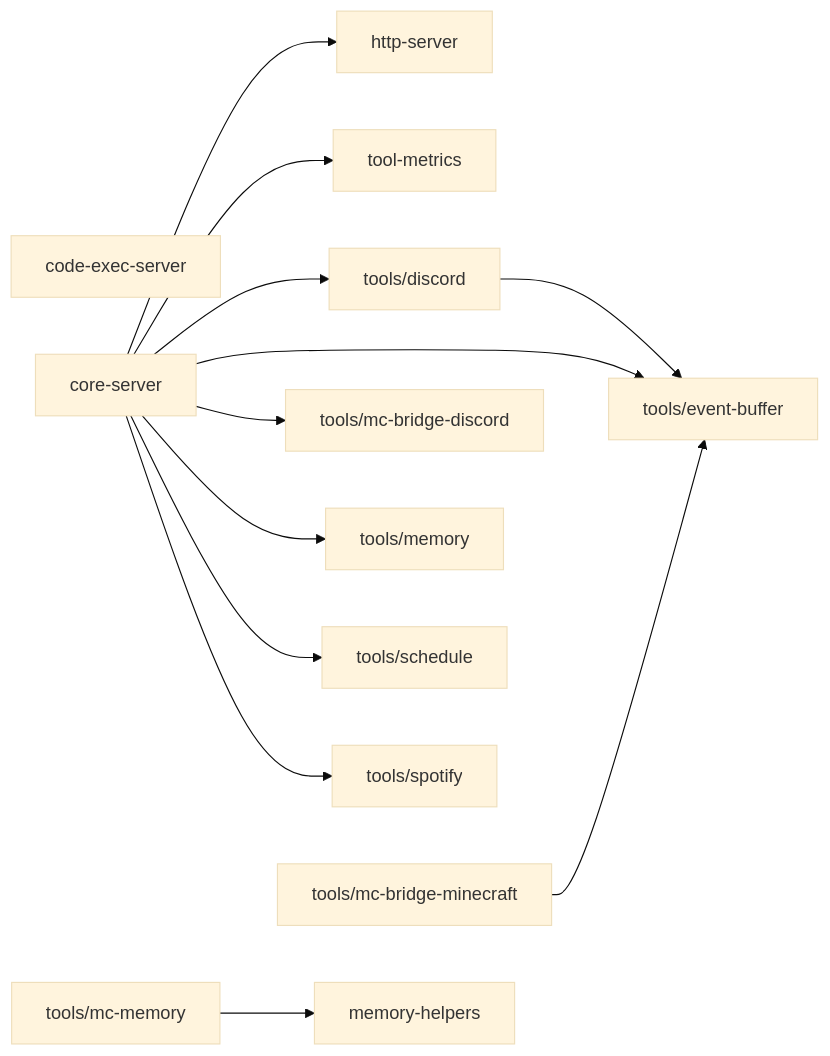
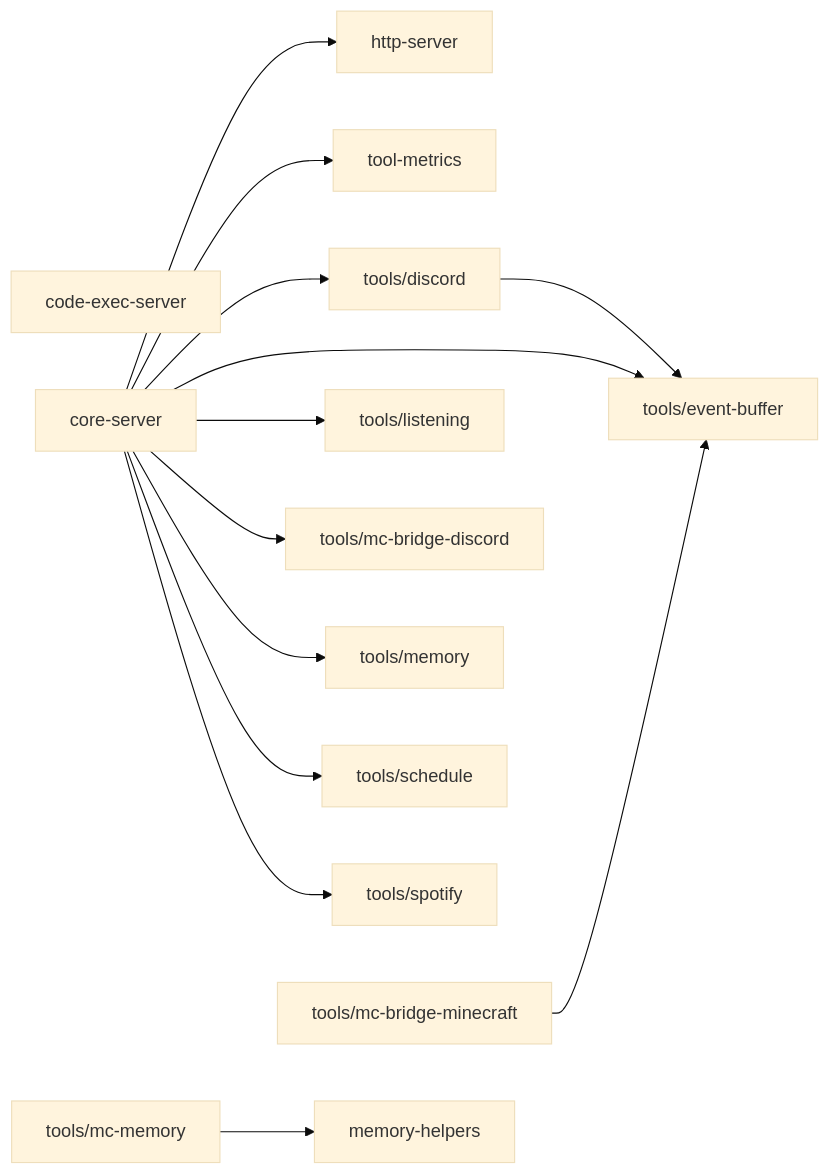
The diagram in packages/mcp/DEPS.md (OJII3/vicissitude), drawn with Mermaid (base theme) before and after one commit. The commit also changed other lines of this file and 19 other files, not shown here.

````diff
--- a/packages/mcp/DEPS.md
+++ b/packages/mcp/DEPS.md
@@ -7,23 +7,25 @@
 ```mermaid
 graph LR
   code_exec_server["code-exec-server"]
   core_server["core-server"] --> http_server["http-server"]
   core_server["core-server"] --> tool_metrics["tool-metrics"]
   core_server["core-server"] --> tools_discord["tools/discord"]
   core_server["core-server"] --> tools_event_buffer["tools/event-buffer"]
+  core_server["core-server"] --> tools_listening["tools/listening"]
   core_server["core-server"] --> tools_mc_bridge_discord["tools/mc-bridge-discord"]
   core_server["core-server"] --> tools_memory["tools/memory"]
   core_server["core-server"] --> tools_schedule["tools/schedule"]
   core_server["core-server"] --> tools_spotify["tools/spotify"]
   http_server["http-server"]
   memory_helpers["memory-helpers"]
   tool_metrics["tool-metrics"]
   tools_discord["tools/discord"] --> tools_event_buffer["tools/event-buffer"]
   tools_event_buffer["tools/event-buffer"]
+  tools_listening["tools/listening"]
   tools_mc_bridge_discord["tools/mc-bridge-discord"]
   tools_mc_bridge_minecraft["tools/mc-bridge-minecraft"] --> tools_event_buffer["tools/event-buffer"]
   tools_mc_memory["tools/mc-memory"] --> memory_helpers["memory-helpers"]
   tools_memory["tools/memory"]
   tools_schedule["tools/schedule"]
   tools_spotify["tools/spotify"]
 ```
````
